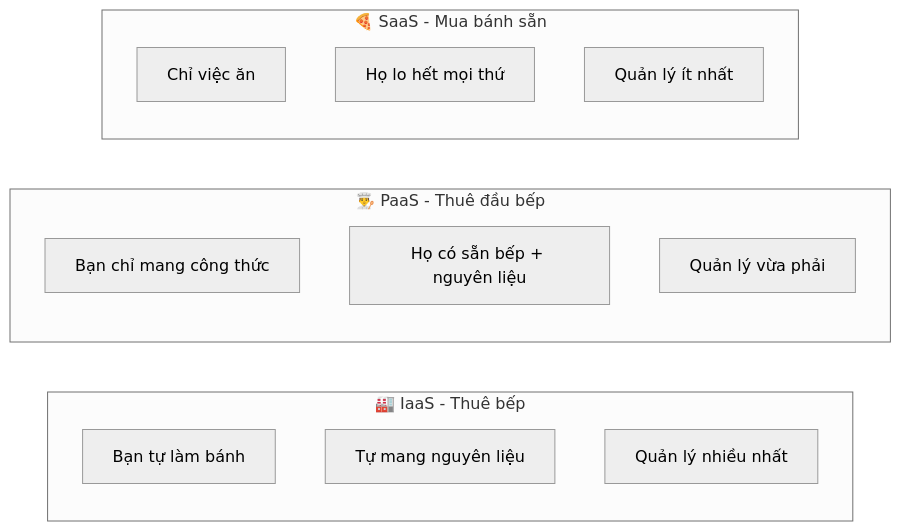
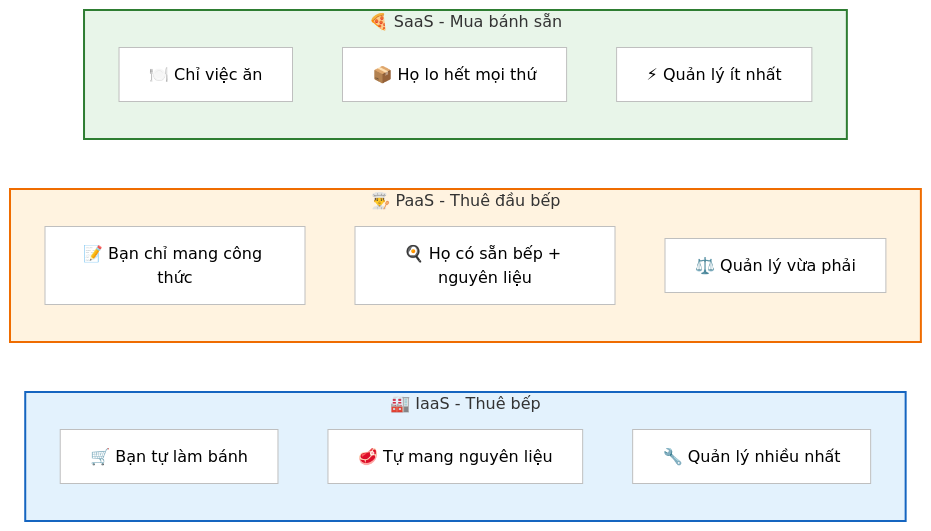
Before and after one commit to tietvinhphu/AWS-Journey: the second of 7 diagrams in Session-01-☁️ NỀN TẢNG ĐÁM MÂY AWS/README.md, drawn with Mermaid (neutral theme).

Commit message:
feat: Auto-focus chat input, allow Shift+Enter for new lines, and update focus styles.

````diff
--- a/Session-01-☁️ NỀN TẢNG ĐÁM MÂY AWS/README.md
+++ b/Session-01-☁️ NỀN TẢNG ĐÁM MÂY AWS/README.md
@@ -137,20 +137,34 @@
     ```mermaid
     flowchart LR
+        %% Style Definitions
+        classDef iaas fill:#e3f2fd,stroke:#1565c0,stroke-width:2px;
+        classDef paas fill:#fff3e0,stroke:#ef6c00,stroke-width:2px;
+        classDef saas fill:#e8f5e9,stroke:#2e7d32,stroke-width:2px;
+        classDef nodeStyle fill:#fff,stroke:#bfbfbf,stroke-width:1px;
+
         subgraph IaaS["🏭 IaaS - Thuê bếp"]
-            I1[Bạn tự làm bánh]
-            I2[Tự mang nguyên liệu]
-            I3[Quản lý nhiều nhất]
+            direction TB
+            I1["🛒 Bạn tự làm bánh"]:::nodeStyle
+            I2["🥩 Tự mang nguyên liệu"]:::nodeStyle
+            I3["🔧 Quản lý nhiều nhất"]:::nodeStyle
         end
     
         subgraph PaaS["👨‍🍳 PaaS - Thuê đầu bếp"]
-            P1[Bạn chỉ mang công thức]
-            P2[Họ có sẵn bếp + nguyên liệu]
-            P3[Quản lý vừa phải]
+            direction TB
+            P1["📝 Bạn chỉ mang công thức"]:::nodeStyle
+            P2["🍳 Họ có sẵn bếp + nguyên liệu"]:::nodeStyle
+            P3["⚖️ Quản lý vừa phải"]:::nodeStyle
         end
     
         subgraph SaaS["🍕 SaaS - Mua bánh sẵn"]
-            S1[Chỉ việc ăn]
-            S2[Họ lo hết mọi thứ]
-            S3[Quản lý ít nhất]
+            direction TB
+            S1["🍽️ Chỉ việc ăn"]:::nodeStyle
+            S2["📦 Họ lo hết mọi thứ"]:::nodeStyle
+            S3["⚡ Quản lý ít nhất"]:::nodeStyle
         end
+
+        %% Apply Styles
+        class IaaS iaas
+        class PaaS paas
+        class SaaS saas
     ```
````
